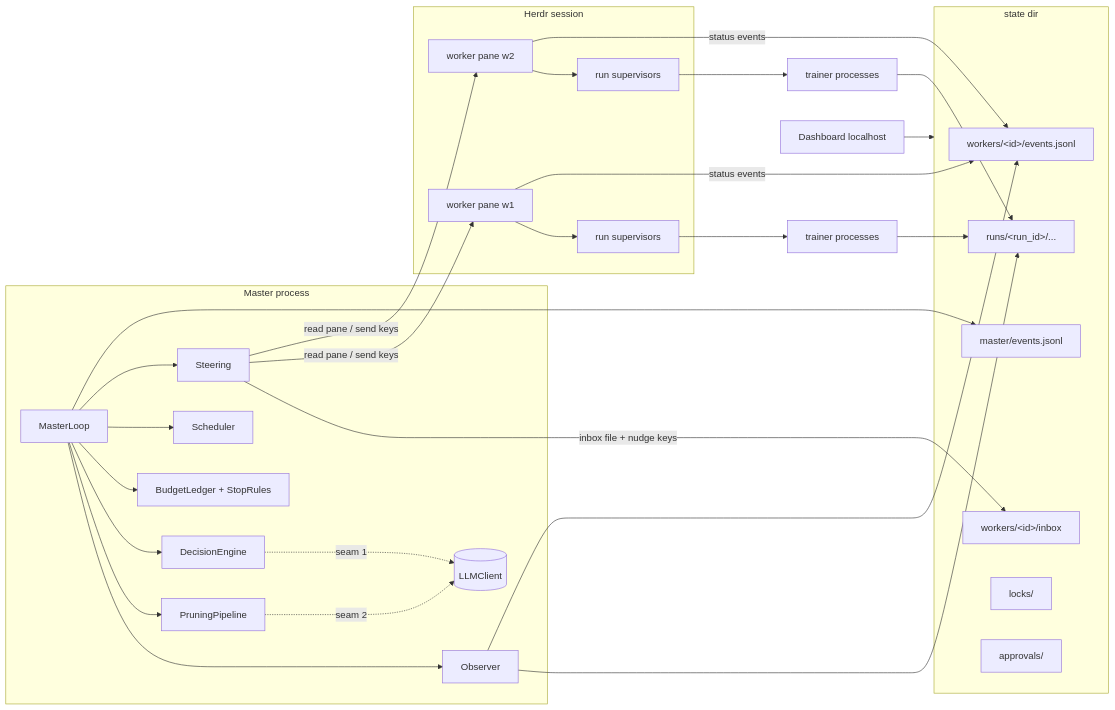
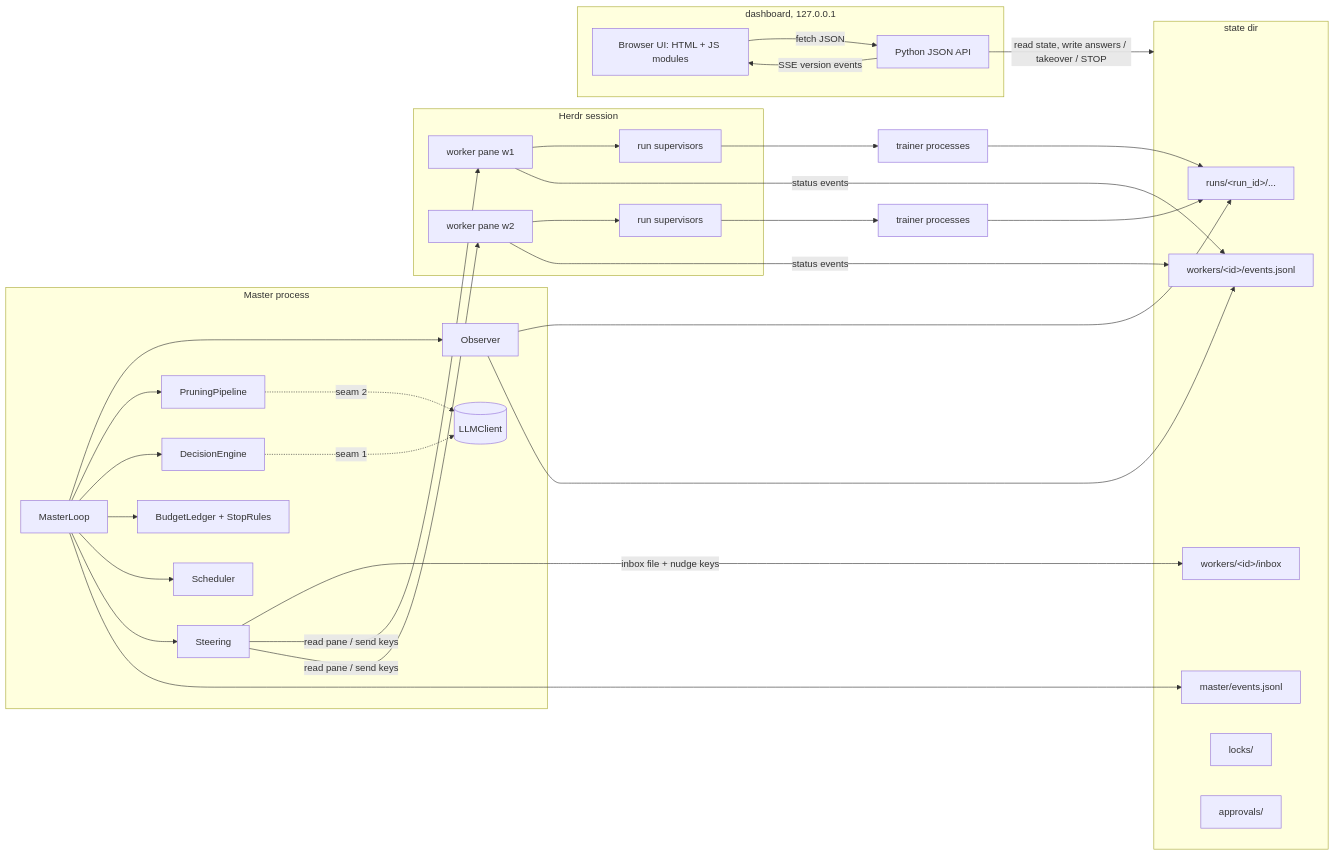
Before and after one commit to chaitu0032/auto_experiment: the diagram in docs/architecture.md, drawn with Mermaid. The commit also changed other lines of this file and 29 other files, not shown here.

First line of the commit message:
docs: split dashboard into JavaScript frontend and Python JSON API

````diff
--- a/docs/architecture.md
+++ b/docs/architecture.md
@@ -55,33 +55,37 @@
 ```mermaid
 flowchart LR
   subgraph Master process
     L[MasterLoop] --> O[Observer]
     L --> P[PruningPipeline]
     L --> D[DecisionEngine]
     L --> B[BudgetLedger + StopRules]
     L --> S[Scheduler]
     L --> ST[Steering]
     D -. seam 1 .-> LLM[(LLMClient)]
     P -. seam 2 .-> LLM
   end
   subgraph Disk [state dir]
     REG[runs/&lt;run_id&gt;/...]
     INB[workers/&lt;id&gt;/inbox]
     WEV[workers/&lt;id&gt;/events.jsonl]
     MEV[master/events.jsonl]
     LK[locks/]
     AP[approvals/]
   end
   subgraph Herdr session
     W1[worker pane w1] --> RS1[run supervisors]
     W2[worker pane w2] --> RS2[run supervisors]
   end
   RS1 --> TR1[trainer processes] --> REG
   RS2 --> TR2[trainer processes] --> REG
   ST -->|inbox file + nudge keys| INB
   ST -->|read pane / send keys| W1 & W2
   W1 & W2 -->|status events| WEV
   O --> REG & WEV
   L --> MEV
-  DASH[Dashboard localhost] --> Disk
+  subgraph Dashboard [dashboard, 127.0.0.1]
+    UI[Browser UI: HTML + JS modules] -->|fetch JSON| API[Python JSON API]
+    API -->|SSE version events| UI
+  end
+  API -->|read state, write answers / takeover / STOP| Disk
 ```
````
